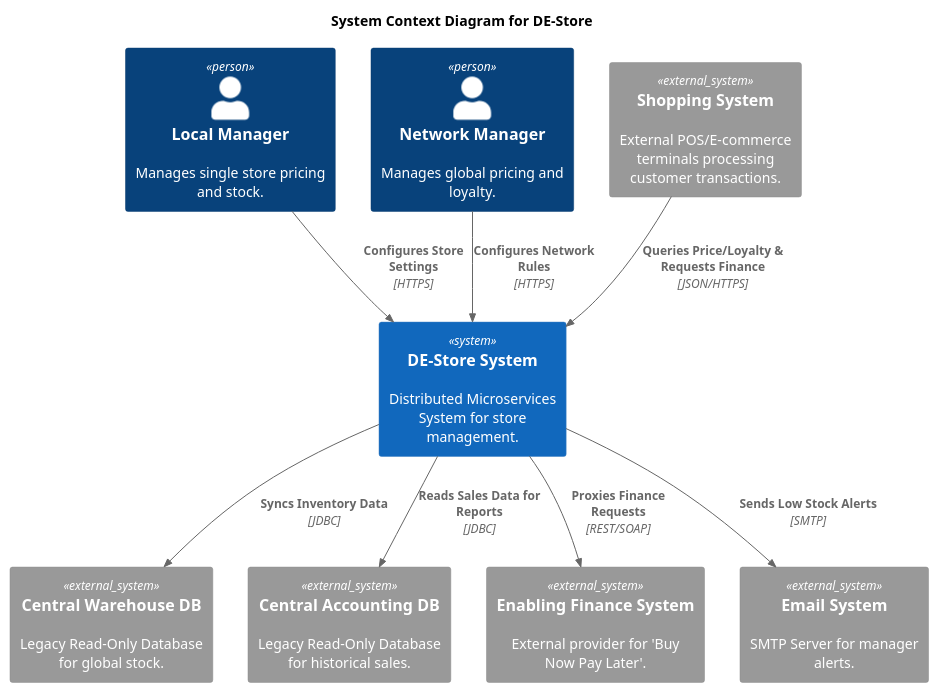
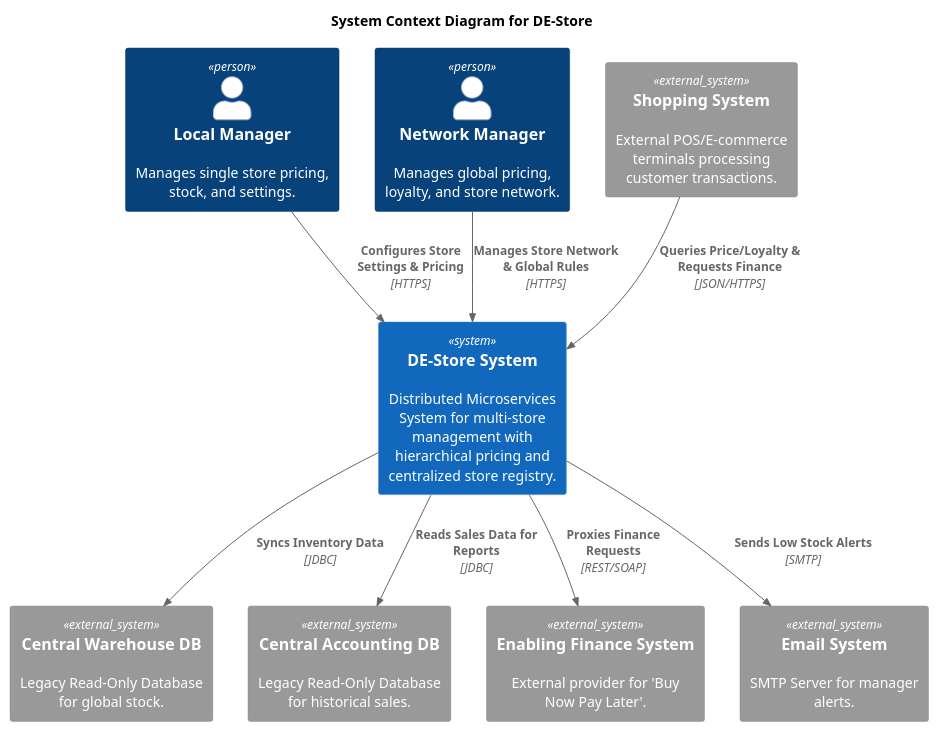
One commit to Alex180504/DE-store changed the diagram in Docs/context.puml. Above: the diagram before and after it, drawn with PlantUML. The commit also changed 29 other files, not shown here.

Commit message:
DEcouple store entity into a separate service to remove system dependency on pricig service

```diff
--- a/Docs/context.puml
+++ b/Docs/context.puml
@@ -1,33 +1,33 @@
 @startuml
 !include https://raw.githubusercontent.com/plantuml-stdlib/C4-PlantUML/master/C4_Context.puml
 
 title System Context Diagram for DE-Store
 
 ' Personas
-Person(localMgr, "Local Manager", "Manages single store pricing and stock.")
-Person(netMgr, "Network Manager", "Manages global pricing and loyalty.")
+Person(localMgr, "Local Manager", "Manages single store pricing, stock, and settings.")
+Person(netMgr, "Network Manager", "Manages global pricing, loyalty, and store network.")
 
 ' The Core System
-System(deStore, "DE-Store System", "Distributed Microservices System for store management.")
+System(deStore, "DE-Store System", "Distributed Microservices System for multi-store management with hierarchical pricing and centralized store registry.")
 
 ' External Systems (The Environment)
 System_Ext(shoppingSys, "Shopping System", "External POS/E-commerce terminals processing customer transactions.")
 System_Ext(warehouseDB, "Central Warehouse DB", "Legacy Read-Only Database for global stock.")
 System_Ext(accountingDB, "Central Accounting DB", "Legacy Read-Only Database for historical sales.")
 System_Ext(enablingSys, "Enabling Finance System", "External provider for 'Buy Now Pay Later'.")
 System_Ext(email, "Email System", "SMTP Server for manager alerts.")
 
 ' Relationships - Human to System
-Rel(localMgr, deStore, "Configures Store Settings", "HTTPS")
-Rel(netMgr, deStore, "Configures Network Rules", "HTTPS")
+Rel(localMgr, deStore, "Configures Store Settings & Pricing", "HTTPS")
+Rel(netMgr, deStore, "Manages Store Network & Global Rules", "HTTPS")
 
 ' Relationships - External Systems to DE-Store
 Rel(shoppingSys, deStore, "Queries Price/Loyalty & Requests Finance", "JSON/HTTPS")
 
 ' Relationships - DE-Store to Legacy/External
 Rel(deStore, warehouseDB, "Syncs Inventory Data", "JDBC")
 Rel(deStore, accountingDB, "Reads Sales Data for Reports", "JDBC")
 Rel(deStore, enablingSys, "Proxies Finance Requests", "REST/SOAP")
 Rel(deStore, email, "Sends Low Stock Alerts", "SMTP")
 
 @enduml
```
